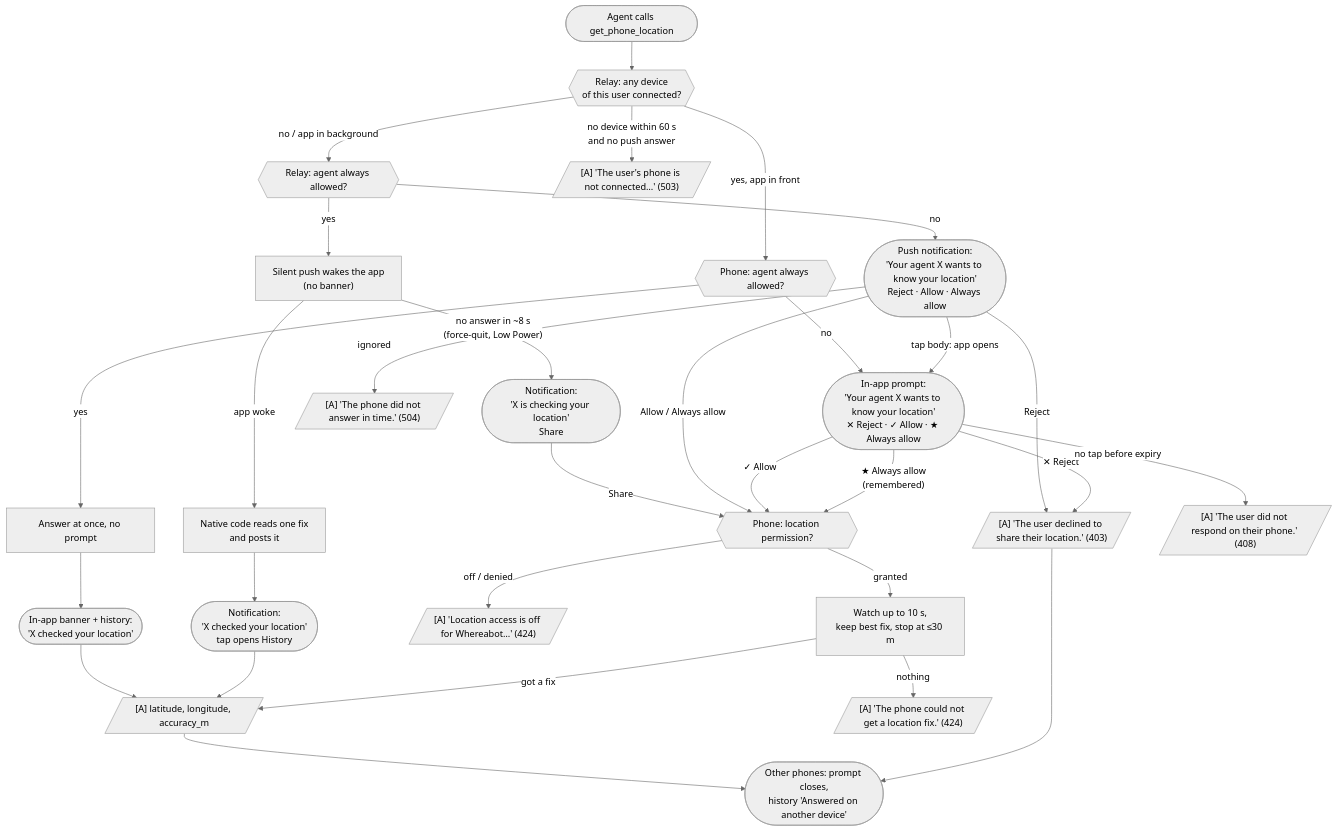
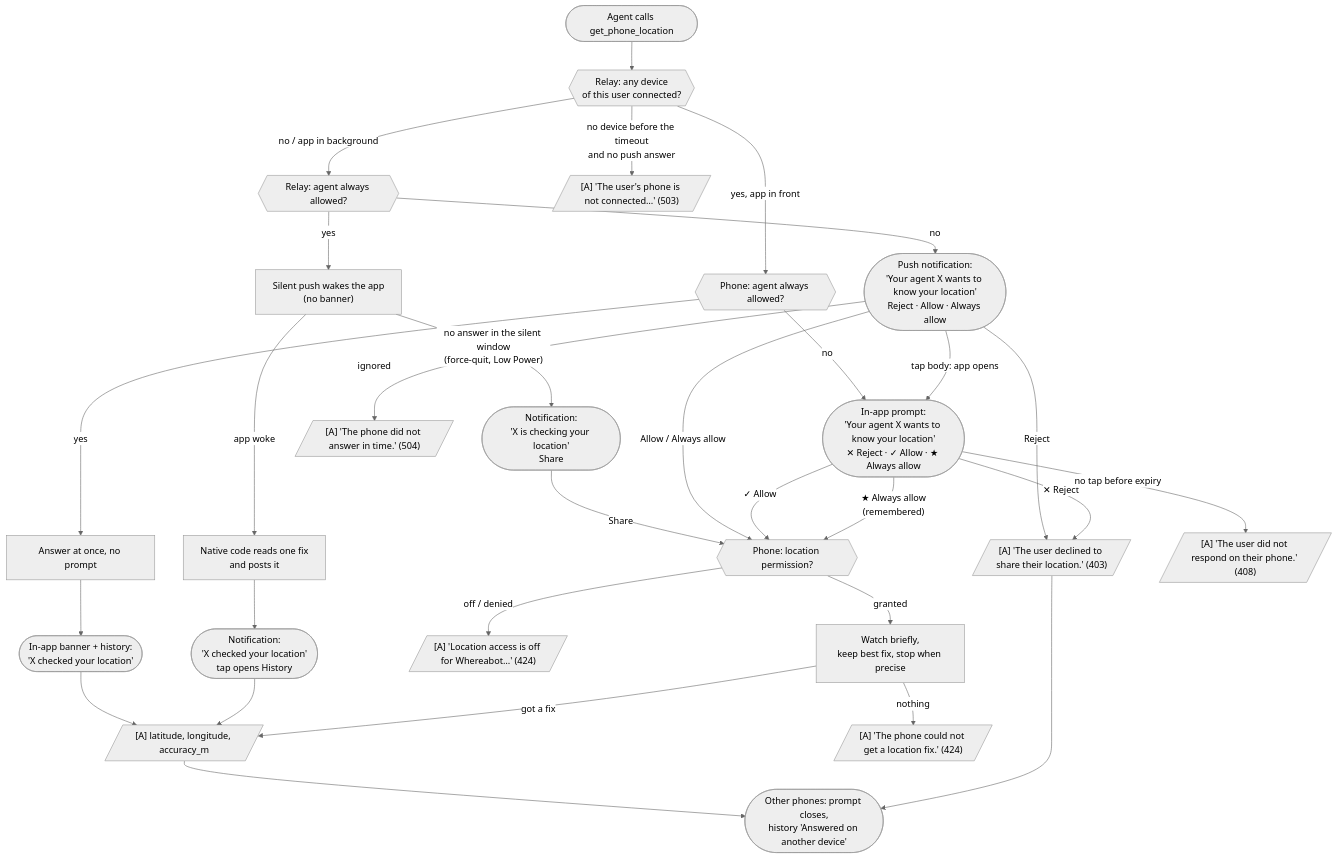
The diagram in docs/request-flow.md (whereabot/whereabot), drawn with Mermaid (neutral theme) before and after one commit. The commit also changed other lines of this file and 12 other files, not shown here.

````diff
--- a/docs/request-flow.md
+++ b/docs/request-flow.md
@@ -7,50 +7,50 @@
 ```mermaid
 flowchart TD
     A([Agent calls get_phone_location]) --> R{{Relay: any device<br/>of this user connected?}}
 
     R -->|"yes, app in front"| P{{Phone: agent always allowed?}}
     R -->|"no / app in background"| W{{Relay: agent always allowed?}}
 
     %% --- App open in front ---
     P -->|no| PROMPT(["In-app prompt:<br/>'Your agent X wants to know your location'<br/>✕ Reject · ✓ Allow · ★ Always allow"])
     P -->|yes| AUTO_FG["Answer at once, no prompt"]
     AUTO_FG --> BANNER(["In-app banner + history:<br/>'X checked your location'"])
     BANNER --> FIX
 
     %% --- App in background or closed ---
     W -->|no| ALERT(["Push notification:<br/>'Your agent X wants to know your location'<br/>Reject · Allow · Always allow"])
     W -->|"yes"| SILENT["Silent push wakes the app<br/>(no banner)"]
     SILENT -->|app woke| AUTO_BG["Native code reads one fix<br/>and posts it"]
     AUTO_BG --> CHECKED(["Notification:<br/>'X checked your location'<br/>tap opens History"])
     CHECKED --> FIX
-    SILENT -->|"no answer in ~8 s<br/>(force-quit, Low Power)"| CHECKING(["Notification:<br/>'X is checking your location'<br/>Share"])
+    SILENT -->|"no answer in the silent window<br/>(force-quit, Low Power)"| CHECKING(["Notification:<br/>'X is checking your location'<br/>Share"])
     CHECKING -->|Share| GETFIX
 
     ALERT -->|Allow / Always allow| GETFIX
     ALERT -->|Reject| DENIED
     ALERT -->|"tap body: app opens"| PROMPT
     ALERT -->|ignored| TIMEOUT
 
     PROMPT -->|"✓ Allow"| GETFIX
     PROMPT -->|"★ Always allow<br/>(remembered)"| GETFIX
     PROMPT -->|"✕ Reject"| DENIED
     PROMPT -->|"no tap before expiry"| NOANSWER
 
     %% --- Reading the location ---
     GETFIX{{Phone: location permission?}} -->|"off / denied"| PERM
-    GETFIX -->|granted| READ["Watch up to 10 s,<br/>keep best fix, stop at ≤30 m"]
+    GETFIX -->|granted| READ["Watch briefly,<br/>keep best fix, stop when precise"]
     READ -->|got a fix| FIX
     READ -->|nothing| NOFIX
 
     %% --- Results for the agent ---
     FIX[/"[A] latitude, longitude, accuracy_m"/]
     DENIED[/"[A] 'The user declined to share their location.' (403)"/]
     NOANSWER[/"[A] 'The user did not respond on their phone.' (408)"/]
     PERM[/"[A] 'Location access is off for Whereabot…' (424)"/]
     NOFIX[/"[A] 'The phone could not get a location fix.' (424)"/]
     TIMEOUT[/"[A] 'The phone did not answer in time.' (504)"/]
-    R -->|"no device within 60 s<br/>and no push answer"| OFFLINE[/"[A] 'The user's phone is not connected…' (503)"/]
+    R -->|"no device before the timeout<br/>and no push answer"| OFFLINE[/"[A] 'The user's phone is not connected…' (503)"/]
 
     %% --- Other phones of the same user ---
     FIX & DENIED --> CANCEL(["Other phones: prompt closes,<br/>history 'Answered on another device'"])
 ```
````
